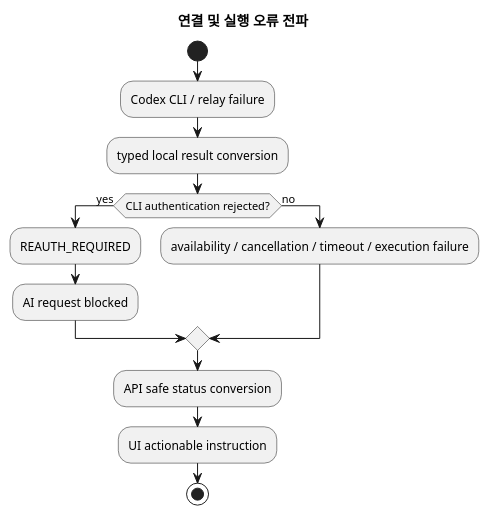
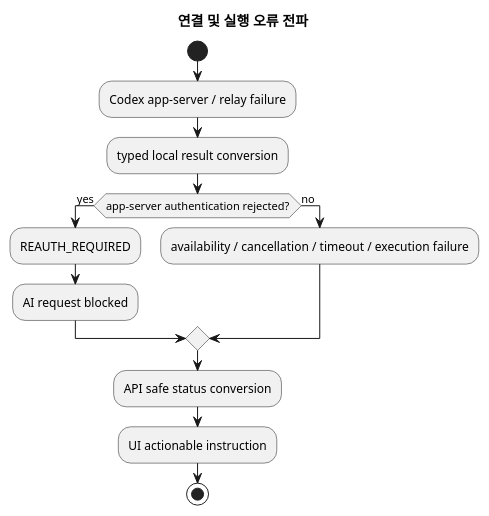
Before and after one commit to omegafrog/dnd-master: the fifth of 8 diagrams in docs/specs/codex-cli-oauth/architecture-spec.md, drawn with PlantUML. The commit also changed other lines of this file and 5 other files, not shown here.

Commit message:
docs: align Codex OAuth plan with app-server

````diff
--- a/docs/specs/codex-cli-oauth/architecture-spec.md
+++ b/docs/specs/codex-cli-oauth/architecture-spec.md
@@ -376,17 +388,17 @@
 ```plantuml
 @startuml
 title 연결 및 실행 오류 전파
 start
-:Codex CLI / relay failure;
+:Codex app-server / relay failure;
 :typed local result conversion;
-if (CLI authentication rejected?) then (yes)
+if (app-server authentication rejected?) then (yes)
   :REAUTH_REQUIRED;
   :AI request blocked;
 else (no)
   :availability / cancellation / timeout / execution failure;
 endif
 :API safe status conversion;
 :UI actionable instruction;
 stop
 @enduml
 ```
````
